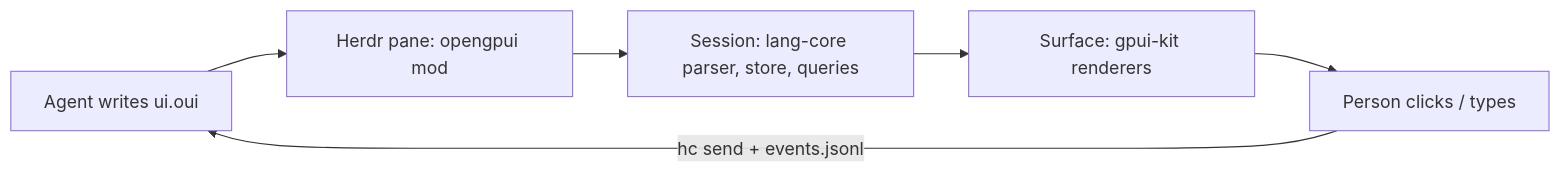
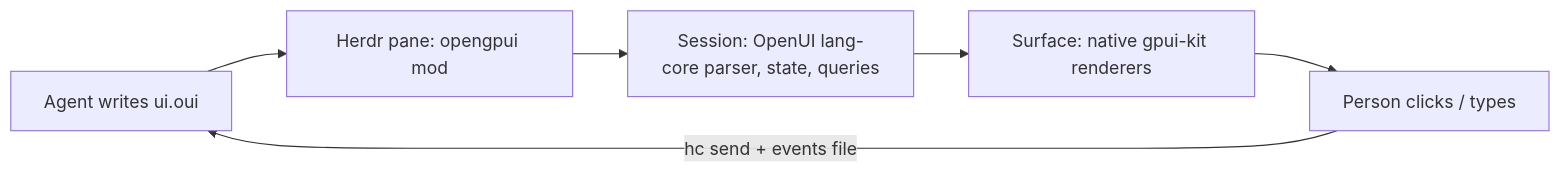
Before and after one commit to lukachi/openGPUI: the diagram in README.md, drawn with Mermaid. The commit also changed other lines of this file and 25 other files, not shown here.

First line of the commit message:
README: what openGPUI is and gives; reference material moves to docs/

````diff
--- a/README.md
+++ b/README.md
@@ -13,8 +66,8 @@
 ```mermaid
 flowchart LR
   A["Agent writes ui.oui"] --> B["Herdr pane: opengpui mod"]
-  B --> C["Session: lang-core parser, store, queries"]
-  C --> D["Surface: gpui-kit renderers"]
+  B --> C["Session: OpenUI lang-core parser, state, queries"]
+  C --> D["Surface: native gpui-kit renderers"]
   D --> E["Person clicks / types"]
-  E -- "hc send + events.jsonl" --> A
+  E -- "hc send + events file" --> A
 ```
````
